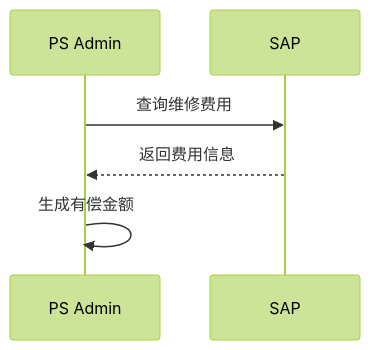
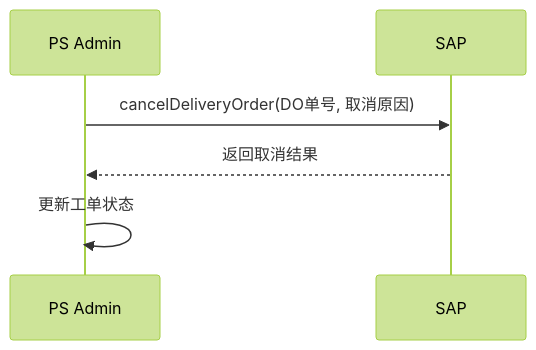
Diagram 29 of 38 in 文档/GM系统需求说明.md (guguohai/gmps), drawn with Mermaid (forest theme) before and after one commit. The commit also changed other lines of this file, not shown here.

````diff
--- a/文档/GM系统需求说明.md
+++ b/文档/GM系统需求说明.md
@@ -1024,9 +1027,9 @@
 ```mermaid
 sequenceDiagram
-participant A as PS Admin
-participant S as SAP
+    participant PS as PS Admin
+    participant SAP as SAP
 
-A ->> S: 查询维修费用
-S -->> A: 返回费用信息
-A ->> A: 生成有偿金额
+    PS->>SAP: cancelDeliveryOrder(DO单号, 取消原因)
+    SAP-->>PS: 返回取消结果
+    PS->>PS: 更新工单状态
 ```
````
